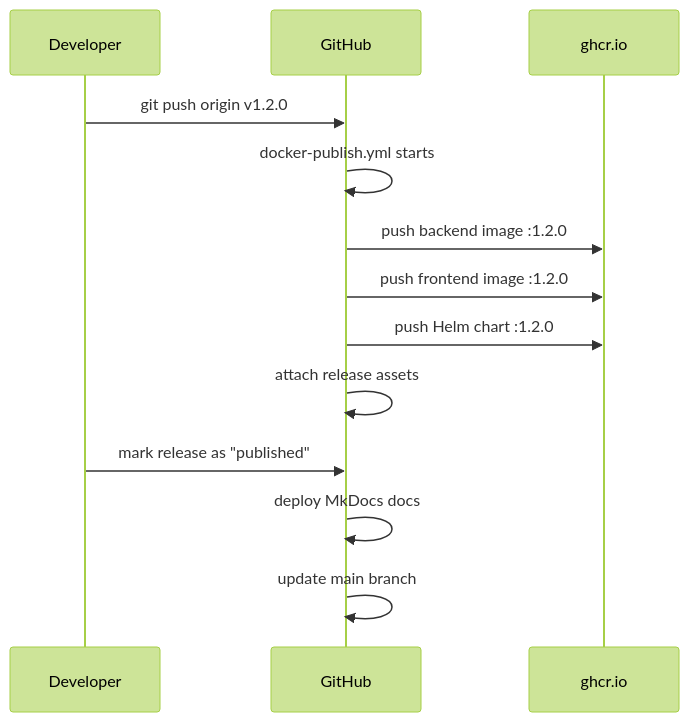
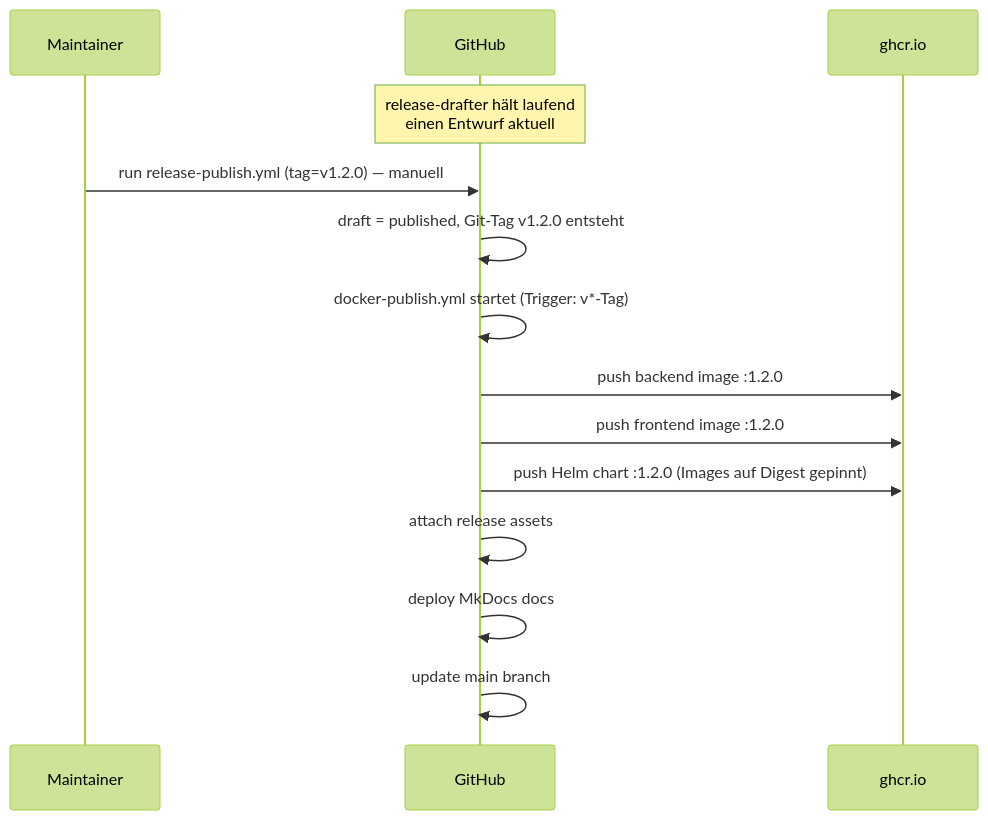
One commit to nolte/kamerplanter changed the first of 2 diagrams in docs/de/deployment/ci-cd.md. Above: the diagram before and after it, drawn with Mermaid (forest theme). The commit also changed other lines of this file and 5 other files, not shown here.

````diff
--- a/docs/de/deployment/ci-cd.md
+++ b/docs/de/deployment/ci-cd.md
@@ -389,16 +407,17 @@
 ```mermaid
 sequenceDiagram
-    participant Dev as Developer
+    participant Dev as Maintainer
     participant GH as GitHub
     participant GHCR as ghcr.io
 
-    Dev->>GH: git push origin v1.2.0
-    GH->>GH: docker-publish.yml starts
+    Note over GH: release-drafter hält laufend<br/>einen Entwurf aktuell
+    Dev->>GH: run release-publish.yml (tag=v1.2.0) — manuell
+    GH->>GH: draft = published, Git-Tag v1.2.0 entsteht
+    GH->>GH: docker-publish.yml startet (Trigger: v*-Tag)
     GH->>GHCR: push backend image :1.2.0
     GH->>GHCR: push frontend image :1.2.0
-    GH->>GHCR: push Helm chart :1.2.0
+    GH->>GHCR: push Helm chart :1.2.0 (Images auf Digest gepinnt)
     GH->>GH: attach release assets
-    Dev->>GH: mark release as "published"
     GH->>GH: deploy MkDocs docs
     GH->>GH: update main branch
 ```
````
